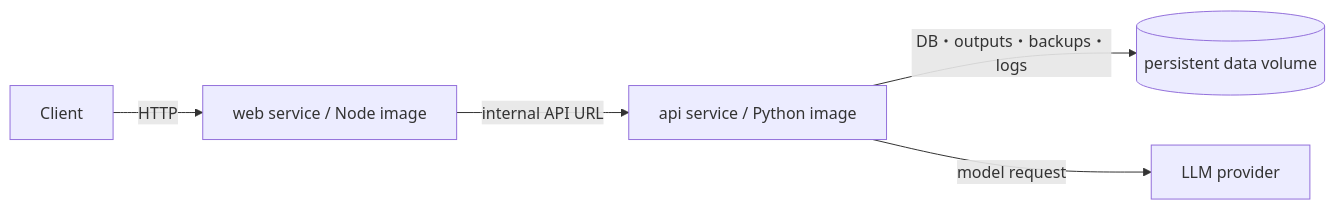
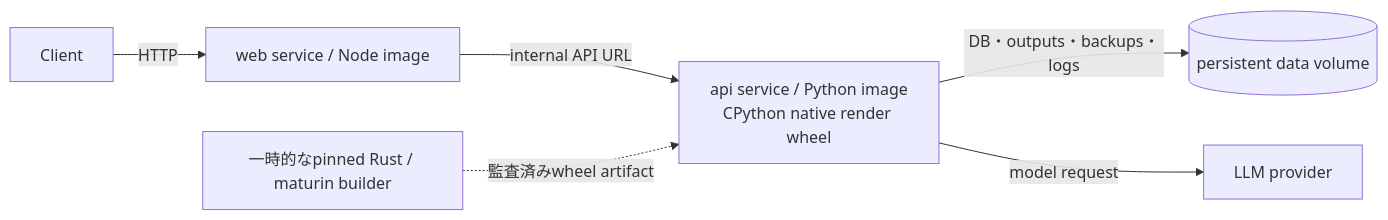
One commit to oikawas/inku-lang changed the second of 2 diagrams in docs/architecture/runtime-containers.ja.md. Above: the diagram before and after it, drawn with Mermaid. The commit also changed other lines of this file and 17 other files, not shown here.

````diff
--- a/docs/architecture/runtime-containers.ja.md
+++ b/docs/architecture/runtime-containers.ja.md
@@ -35,13 +37,15 @@
 ```mermaid
 flowchart LR
     CLIENT["Client"]
     WEB_IMG["web service / Node image"]
-    API_IMG["api service / Python image"]
+    API_IMG["api service / Python image\nCPython native render wheel"]
+    WHEEL_BUILDER["一時的なpinned Rust / maturin builder"]
     DATA_VOL[("persistent data volume")]
     PROVIDER["LLM provider"]
 
     CLIENT -->|"HTTP"| WEB_IMG
     WEB_IMG -->|"internal API URL"| API_IMG
+    WHEEL_BUILDER -.->|"監査済みwheel artifact"| API_IMG
     API_IMG -->|"DB・outputs・backups・logs"| DATA_VOL
     API_IMG -->|"model request"| PROVIDER
 ```
````
